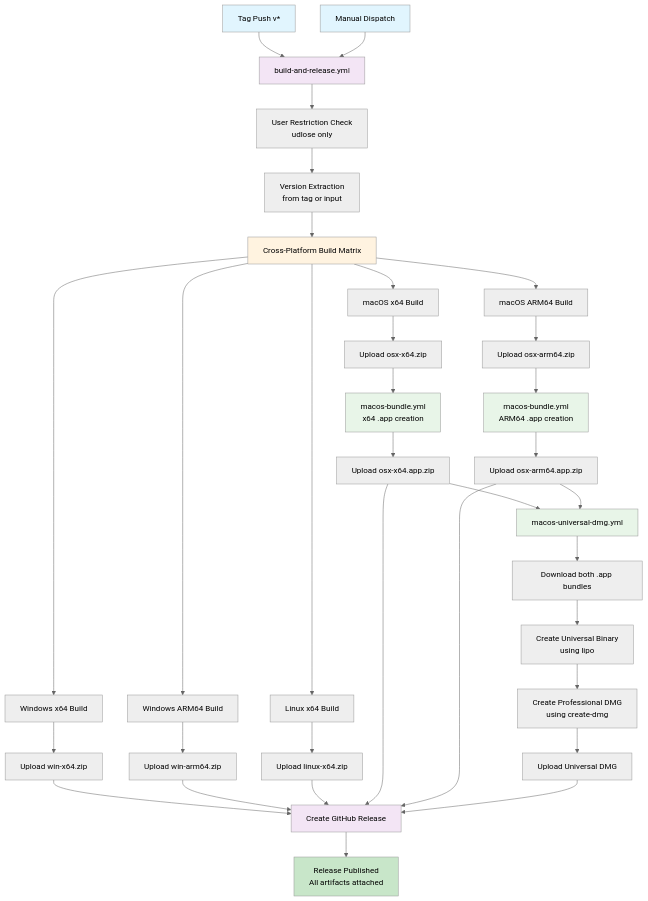
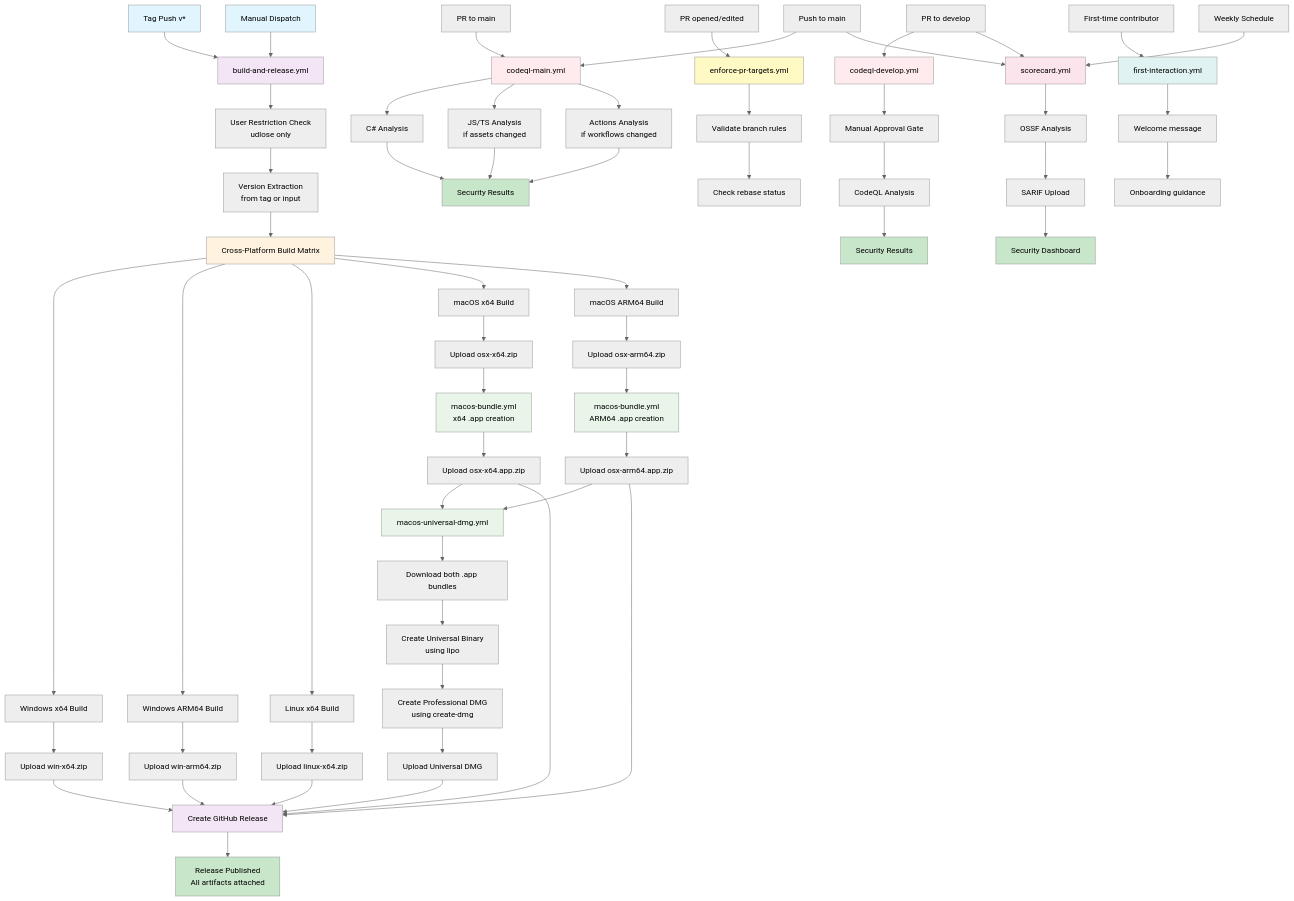
Before and after one commit to udlose/MermaidPad: the first of 2 diagrams in .github/workflows/README.md, drawn with Mermaid (neutral theme). The commit also changed other lines of this file and 6 other files, not shown here.

First line of the commit message:
#326 - Refactor CodeQL workflows: split, harden, and optimize

````diff
--- a/.github/workflows/README.md
+++ b/.github/workflows/README.md
@@ -8,5 +8,6 @@
 ```mermaid
 flowchart TD
+    %% Release Workflows
     A[Tag Push v*] --> B[build-and-release.yml]
     A1[Manual Dispatch] --> B
     
@@ -49,6 +50,39 @@
     
     Q --> R[Release Published<br/>All artifacts attached]
     
+    %% Security & Quality Workflows
+    S[Push to main] --> T1[codeql-main.yml]
+    S1[PR to main] --> T1
+    S2[PR to develop] --> T2[codeql-develop.yml]
+    
+    T2 --> T2A[Manual Approval Gate]
+    T2A --> T2B[CodeQL Analysis]
+    
+    T1 --> U1[C# Analysis]
+    T1 --> U2[JS/TS Analysis<br/>if assets changed]
+    T1 --> U3[Actions Analysis<br/>if workflows changed]
+    
+    U1 --> V1[Security Results]
+    U2 --> V1
+    U3 --> V1
+    
+    T2B --> V2[Security Results]
+    
+    W[PR opened/edited] --> X[enforce-pr-targets.yml]
+    X --> X1[Validate branch rules]
+    X1 --> X2[Check rebase status]
+    
+    Y[First-time contributor] --> Z[first-interaction.yml]
+    Z --> Z1[Welcome message]
+    Z1 --> Z2[Onboarding guidance]
+    
+    AA[Weekly Schedule] --> AB[scorecard.yml]
+    S --> AB
+    S2 --> AB
+    AB --> AC[OSSF Analysis]
+    AC --> AD[SARIF Upload]
+    AD --> AE[Security Dashboard]
+    
     style A fill:#e1f5fe
     style A1 fill:#e1f5fe
     style B fill:#f3e5f5
@@ -58,4 +92,12 @@
     style L fill:#e8f5e8
     style Q fill:#f3e5f5
     style R fill:#c8e6c9
+    style T1 fill:#ffebee
+    style T2 fill:#ffebee
+    style X fill:#fff9c4
+    style Z fill:#e0f2f1
+    style AB fill:#fce4ec
+    style V1 fill:#c8e6c9
+    style V2 fill:#c8e6c9
+    style AE fill:#c8e6c9
 ```
````
